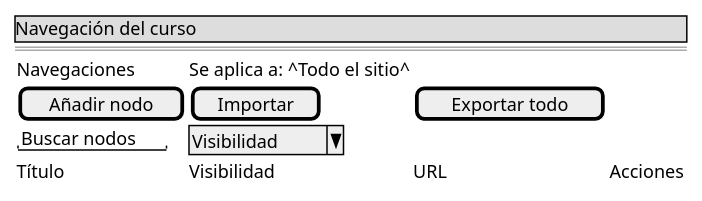
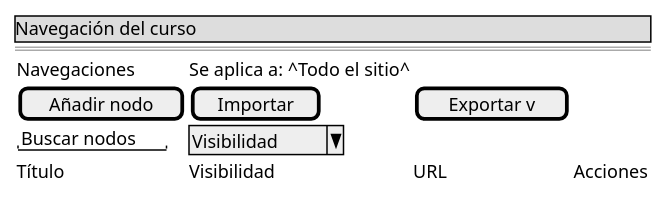
Before and after one commit to didactika/moodle-local_extendednav: the diagram in docs/es/technical/requirements/use-cases/customiseSecondaryNavigation/wireframes.puml, drawn with PlantUML. The commit also changed 59 other files, not shown here.

```diff
--- a/docs/es/technical/requirements/use-cases/customiseSecondaryNavigation/wireframes.puml
+++ b/docs/es/technical/requirements/use-cases/customiseSecondaryNavigation/wireframes.puml
@@ -1,12 +1,12 @@
 @startsalt
 {
   {* Navegación del curso }
   ==
   {
     Navegaciones | Se aplica a: ^Todo el sitio^
-    [ Añadir nodo ] | [ Importar ] | [ Exportar todo ]
+    [ Añadir nodo ] | [ Importar ] | [ Exportar v ]
     "Buscar nodos" | ^Visibilidad^
     Título | Visibilidad | URL | Acciones
   }
 }
 @endsalt
```
